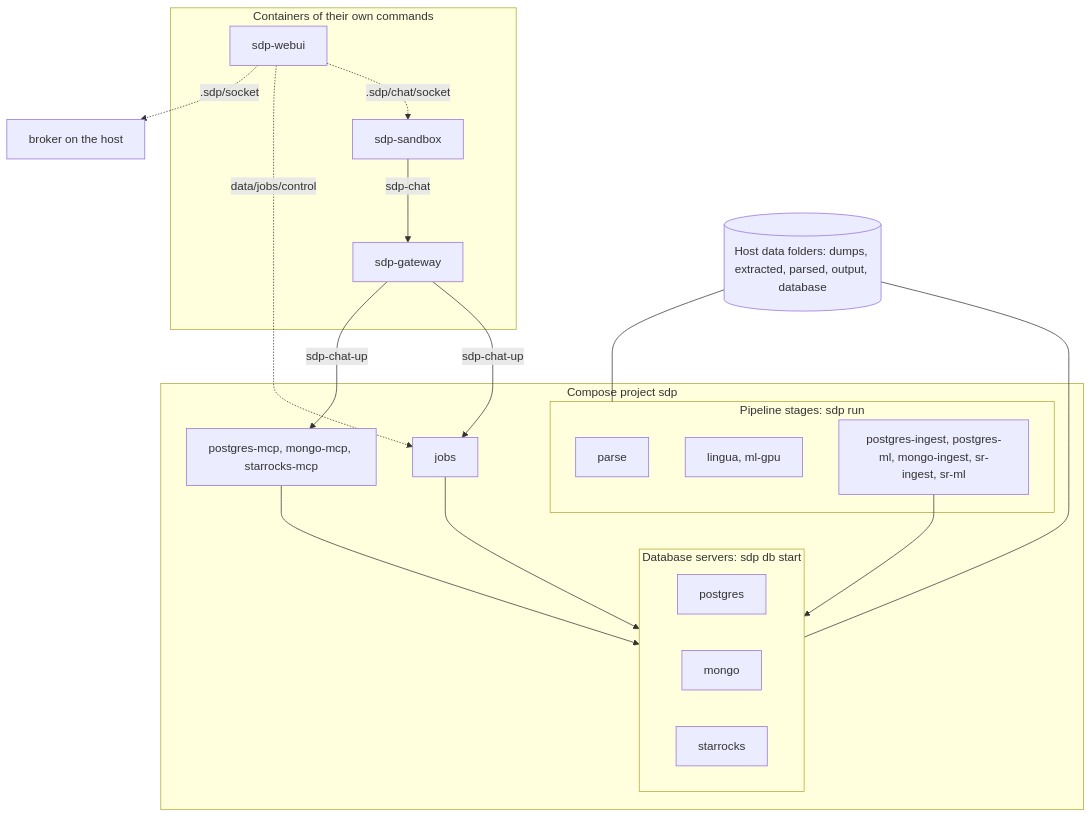
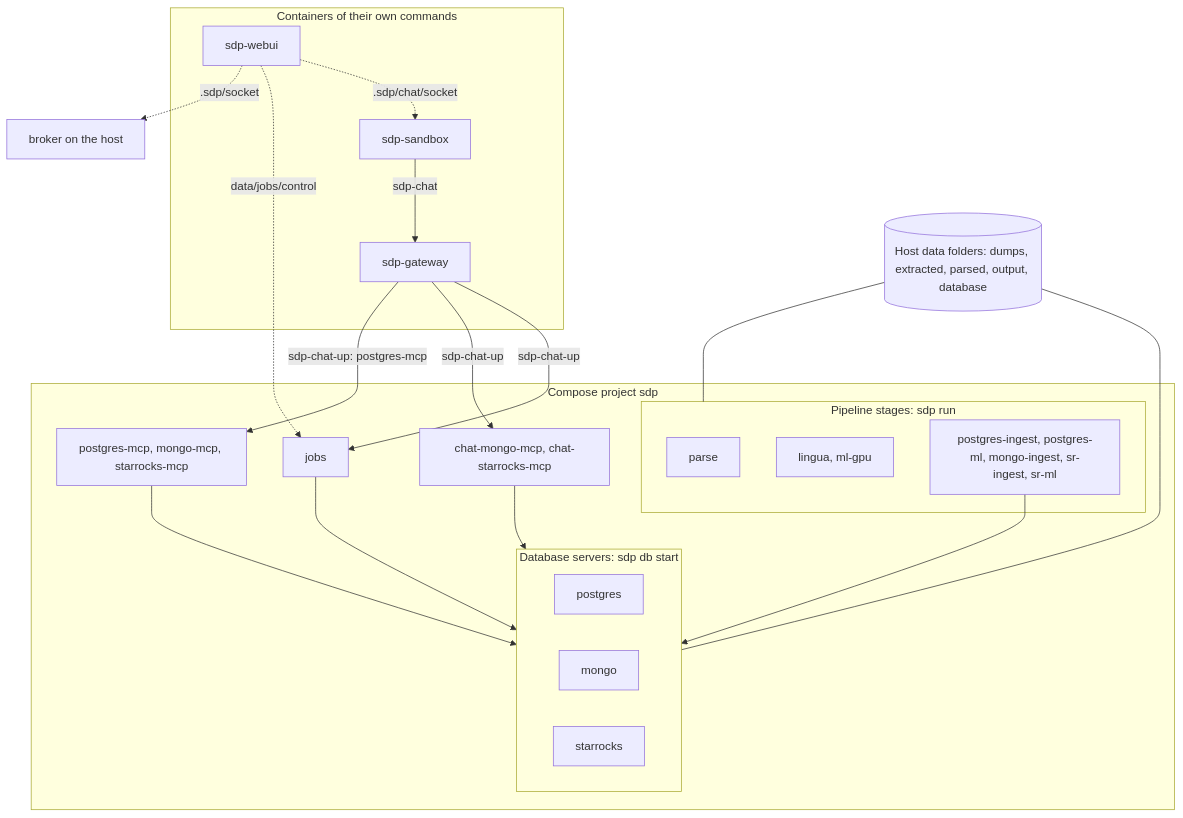
The diagram in docs/architecture/docker.md (joaopn/social-data-pipeline), drawn with Mermaid before and after one commit. The commit also changed other lines of this file and 4 other files, not shown here.

````diff
--- a/docs/architecture/docker.md
+++ b/docs/architecture/docker.md
@@ -12,33 +12,36 @@
 ```mermaid
 flowchart TD
     subgraph COMPOSE["Compose project sdp"]
         subgraph STAGES["Pipeline stages: sdp run"]
             PARSE["parse"]
             CLS["lingua, ml-gpu"]
             ING["postgres-ingest, postgres-ml, mongo-ingest, sr-ingest, sr-ml"]
         end
         subgraph SERVERS["Database servers: sdp db start"]
             PG["postgres"]
             MG["mongo"]
             SR["starrocks"]
         end
         MCPS["postgres-mcp, mongo-mcp, starrocks-mcp"]
+        CMCP["chat-mongo-mcp, chat-starrocks-mcp"]
         JOBS["jobs"]
     end
     subgraph OWN["Containers of their own commands"]
         WEB["sdp-webui"]
         GW["sdp-gateway"]
         SB["sdp-sandbox"]
     end
     ING --> SERVERS
     MCPS --> SERVERS
+    CMCP --> SERVERS
     JOBS --> SERVERS
     DATA[("Host data folders: dumps, extracted, parsed, output, database")] --- STAGES
     DATA --- SERVERS
     WEB -.->|".sdp/socket"| BRK["broker on the host"]
     WEB -.->|"data/jobs/control"| JOBS
     WEB -.->|".sdp/chat/socket"| SB
     SB -->|"sdp-chat"| GW
-    GW -->|"sdp-chat-up"| MCPS
+    GW -->|"sdp-chat-up: postgres-mcp"| MCPS
+    GW -->|"sdp-chat-up"| CMCP
     GW -->|"sdp-chat-up"| JOBS
 ```
````
